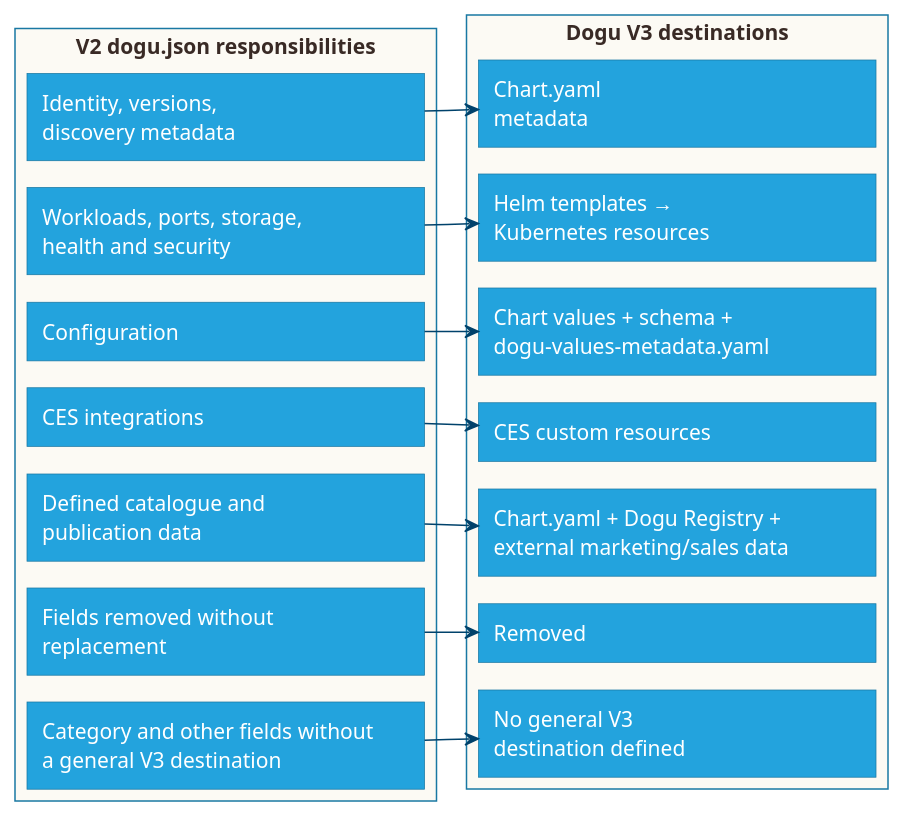
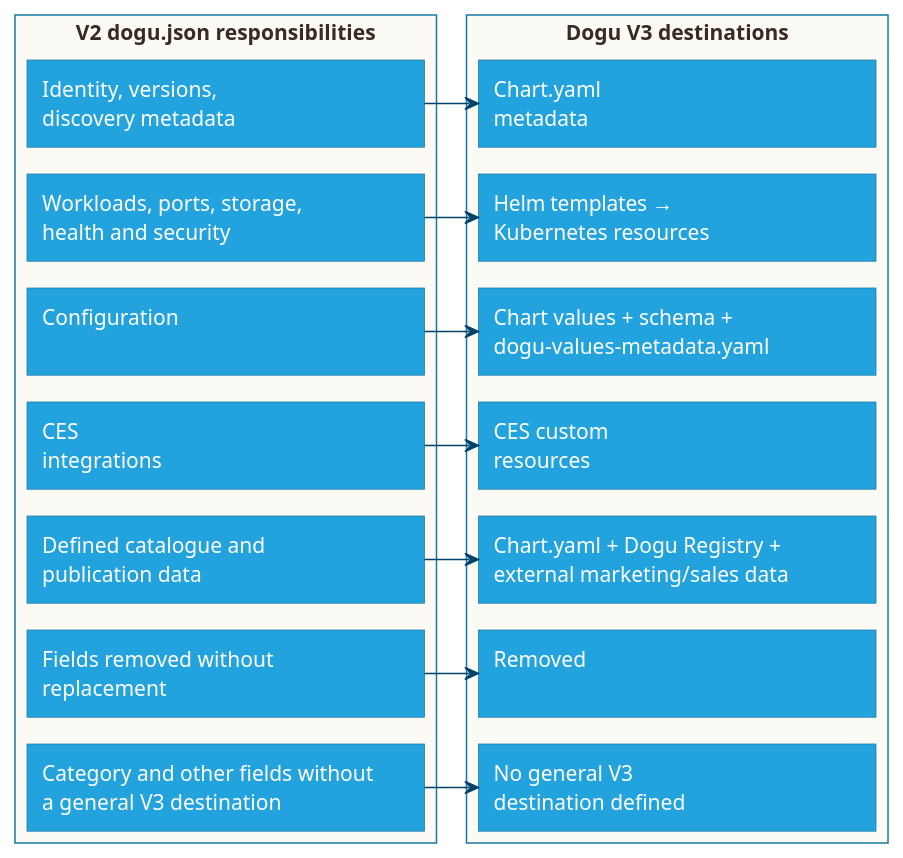
One commit to cloudogu/dogu-development-docs changed the diagram in docs/v3/images/dogu-json-to-v3.puml. Above: the diagram before and after it, drawn with PlantUML. The commit also changed 3 other files, not shown here.

Commit message:
#90 Align dogu-json-to-v3 diagram boxes to equal height

```diff
--- a/docs/v3/images/dogu-json-to-v3.puml
+++ b/docs/v3/images/dogu-json-to-v3.puml
@@ -1,71 +1,71 @@
 @startuml
 !pragma layout smetana
 skinparam backgroundColor white
 skinparam defaultFontColor #392A25
 skinparam ArrowColor #00426B
 skinparam rectangleBorderColor #1978A3
 skinparam rectangleBackgroundColor #23A3DD
 skinparam rectangleRoundCorner 0
 skinparam shadowing false
 hide stereotype
 left to right direction
 
 <style>
 rectangle {
   FontColor white
   .group {
     BackgroundColor #FCFAF4
     FontColor #392A25
     LineColor #1978A3
     HorizontalAlignment left
   }
   .mapping {
     MinimumWidth 245
     MinimumHeight 50
     HorizontalAlignment left
   }
 }
 </style>
 
 rectangle "V2 dogu.json responsibilities" as v2 <<group>> {
   rectangle "Identity, versions,\ndiscovery metadata" as a <<mapping>>
   rectangle "Workloads, ports, storage,\nhealth and security" as b <<mapping>>
-  rectangle "Configuration" as c <<mapping>>
-  rectangle "CES integrations" as d <<mapping>>
+  rectangle "Configuration\n " as c <<mapping>>
+  rectangle "CES\nintegrations" as d <<mapping>>
   rectangle "Defined catalogue and\npublication data" as e <<mapping>>
   rectangle "Fields removed without\nreplacement" as f <<mapping>>
   rectangle "Category and other fields without\na general V3 destination" as g <<mapping>>
 
   g -[hidden]right-> f
   f -[hidden]right-> e
   e -[hidden]right-> d
   d -[hidden]right-> c
   c -[hidden]right-> b
   b -[hidden]right-> a
 }
 
 rectangle "Dogu V3 destinations" as v3 <<group>> {
   rectangle "Chart.yaml\nmetadata" as chart <<mapping>>
   rectangle "Helm templates →\nKubernetes resources" as helm <<mapping>>
   rectangle "Chart values + schema +\ndogu-values-metadata.yaml" as config <<mapping>>
-  rectangle "CES custom resources" as ces <<mapping>>
+  rectangle "CES custom\nresources" as ces <<mapping>>
   rectangle "Chart.yaml + Dogu Registry +\nexternal marketing/sales data" as registry <<mapping>>
-  rectangle "Removed" as removed <<mapping>>
+  rectangle "Removed\n " as removed <<mapping>>
   rectangle "No general V3\ndestination defined" as noGeneral <<mapping>>
 
   noGeneral -[hidden]right-> removed
   removed -[hidden]right-> registry
   registry -[hidden]right-> ces
   ces -[hidden]right-> config
   config -[hidden]right-> helm
   helm -[hidden]right-> chart
 }
 
 a --> chart
 b --> helm
 c --> config
 d --> ces
 e --> registry
 f --> removed
 g --> noGeneral
 @enduml
```
